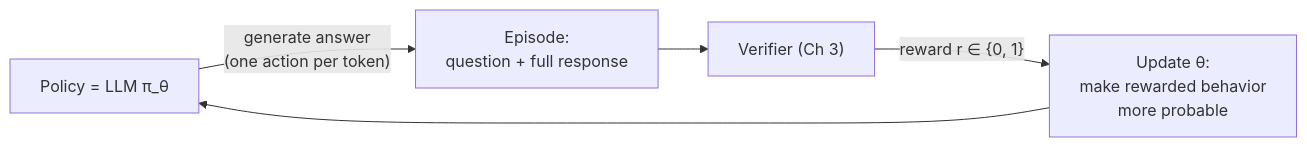
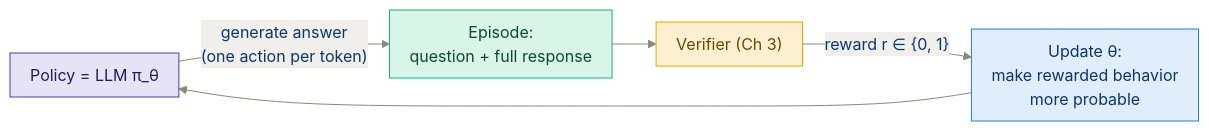
The first of 4 diagrams in study_guide/ch06_grpo_reinforcement_learning.md (sudhanshu-shivam-dev/reasoning_model_from_scratch), drawn with Mermaid before and after one commit. The commit also changed other lines of this file and 14 other files, not shown here.

First line of the commit message:
Restyle all 54 diagrams: consistent palette, semantic colors, better spacing

````diff
--- a/study_guide/ch06_grpo_reinforcement_learning.md
+++ b/study_guide/ch06_grpo_reinforcement_learning.md
@@ -26,7 +26,14 @@
 ```mermaid
+%%{init: {"theme":"base","themeVariables":{"primaryColor":"#e0edfb","primaryTextColor":"#0d366b","primaryBorderColor":"#2a78d6","lineColor":"#898781","textColor":"#52514e","edgeLabelBackground":"#f0efec","clusterBkg":"rgba(137,135,129,0.07)","clusterBorder":"#a9a7a0","titleColor":"#898781"},"flowchart":{"nodeSpacing":36,"rankSpacing":44,"curve":"basis","padding":10}}}%%
 flowchart LR
     P["Policy = LLM π_θ"] -->|"generate answer<br/>(one action per token)"| E["Episode:<br/>question + full response"]
     E --> V["Verifier (Ch 3)"]
     V -->|"reward r ∈ {0, 1}"| U["Update θ:<br/>make rewarded behavior<br/>more probable"]
     U --> P
+    classDef model fill:#e6e3f7,stroke:#4a3aa7,color:#251d54
+    classDef data fill:#d9f4e9,stroke:#1baf7a,color:#0b4a33
+    classDef dec fill:#fdf0d1,stroke:#eda100,color:#6b4a00
+    class P model
+    class E data
+    class V dec
 ```
````
